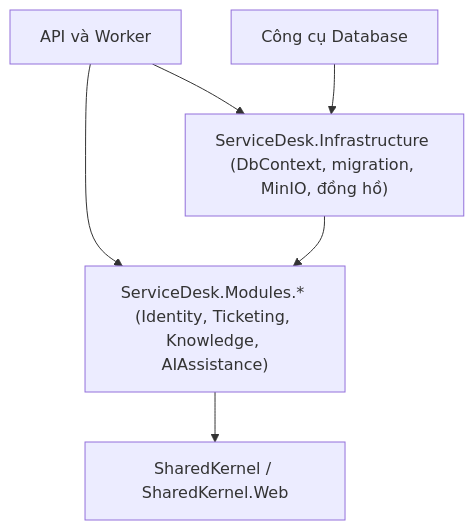
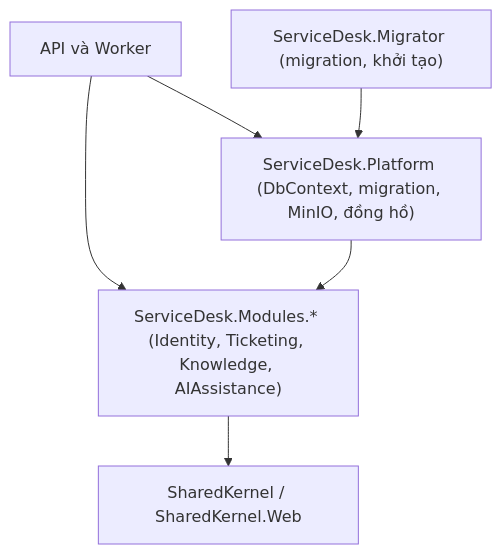
Before and after one commit to supportflow-ai/ai-it-service-desk: the diagram in docs/architecture/backend-modules-and-use-cases.md, drawn with Mermaid. The commit also changed other lines of this file and 9 other files, not shown here.

````diff
--- a/docs/architecture/backend-modules-and-use-cases.md
+++ b/docs/architecture/backend-modules-and-use-cases.md
@@ -9,8 +9,8 @@
 ```mermaid
 flowchart TD
     Hosts["API và Worker"] --> Modules["ServiceDesk.Modules.* (Identity, Ticketing, Knowledge, AIAssistance)"]
-    Hosts --> Infrastructure["ServiceDesk.Infrastructure (DbContext, migration, MinIO, đồng hồ)"]
-    Database["Công cụ Database"] --> Infrastructure
+    Hosts --> Infrastructure["ServiceDesk.Platform (DbContext, migration, MinIO, đồng hồ)"]
+    Migrator["ServiceDesk.Migrator (migration, khởi tạo)"] --> Infrastructure
     Infrastructure --> Modules
     Modules --> SharedKernel["SharedKernel / SharedKernel.Web"]
 ```
````
